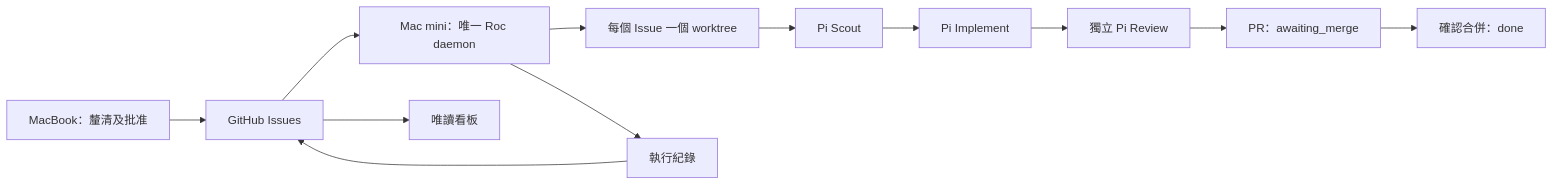
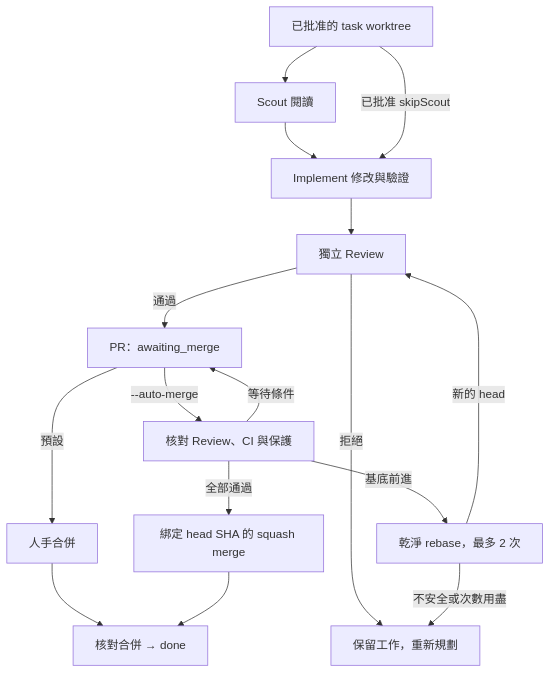
One commit to devos-ing/Roc changed the diagram in README.details.zh-HK.md. Above: the diagram before and after it, drawn with Mermaid. The commit also changed other lines of this file and 9 other files, not shown here.

Commit message:
docs: explain current Roc architecture and task workflow

````diff
--- a/README.details.zh-HK.md
+++ b/README.details.zh-HK.md
@@ -10,11 +212,29 @@
 ```mermaid
-flowchart LR
-    chat["MacBook：釐清及批准"] --> issues["GitHub Issues"]
-    issues --> daemon["Mac mini：唯一 Roc daemon"]
-    daemon --> worktree["每個 Issue 一個 worktree"]
-    worktree --> scout["Pi Scout"] --> implement["Pi Implement"]
-    implement --> review["獨立 Pi Review"] --> pr["PR：awaiting_merge"]
-    pr --> merge["確認合併：done"]
-    daemon --> checkpoint["執行紀錄"] --> issues
-    issues --> board["唯讀看板"]
+flowchart TD
+    work["已批准的 task worktree"]
+    scout["Scout 閱讀"]
+    implement["Implement 修改與驗證"]
+    review["獨立 Review"]
+    pr["PR：awaiting_merge"]
+    human["人手合併"]
+    guard["核對 Review、CI 與保護"]
+    refresh["乾淨 rebase，最多 2 次"]
+    merge["綁定 head SHA 的 squash merge"]
+    done["核對合併 → done"]
+    attention["保留工作，重新規劃"]
+    work --> scout
+    scout --> implement
+    work -->|"已批准 skipScout"| implement
+    implement --> review
+    review -->|"通過"| pr
+    review -->|"拒絕"| attention
+    pr -->|"預設"| human
+    human --> done
+    pr -->|"--auto-merge"| guard
+    guard -->|"等待條件"| pr
+    guard -->|"基底前進"| refresh
+    refresh -->|"新的 head"| review
+    guard -->|"全部通過"| merge
+    merge --> done
+    refresh -->|"不安全或次數用盡"| attention
 ```
````
